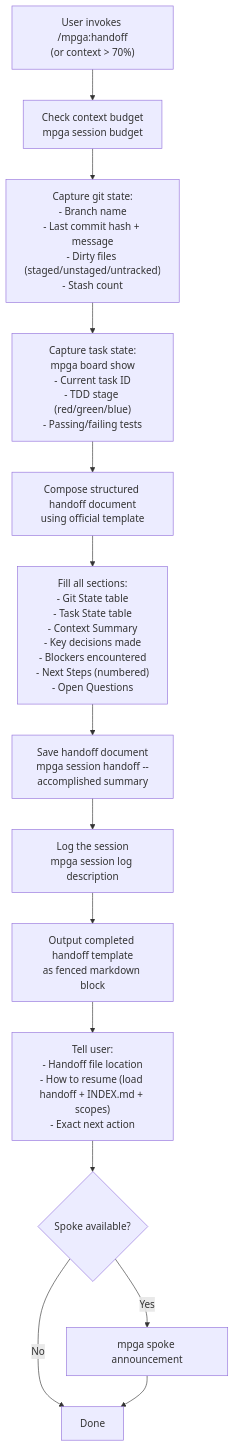
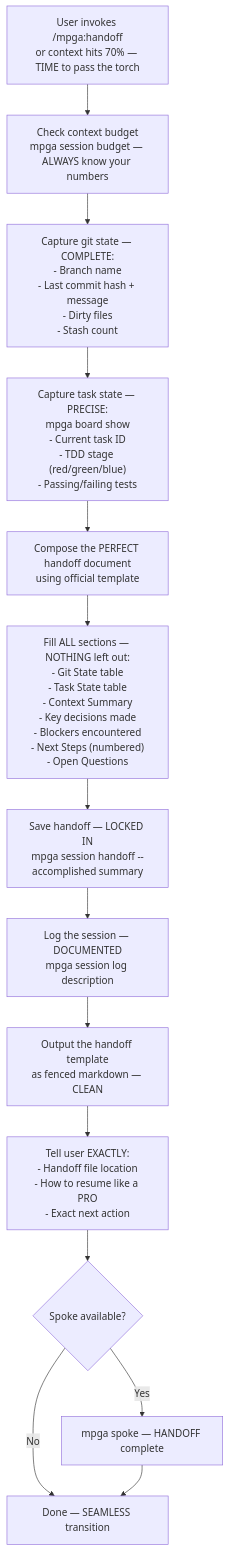
Before and after one commit to benrben/MPGA: the diagram in docs/diagrams/skills/handoff.md, drawn with Mermaid. The commit also changed other lines of this file and 28 other files, not shown here.

First line of the commit message:
style: Trumpify all workflow diagrams — TREMENDOUS Mermaid charts

````diff
--- a/docs/diagrams/skills/handoff.md
+++ b/docs/diagrams/skills/handoff.md
@@ -5,18 +5,18 @@
 ```mermaid
 flowchart TD
-    A["User invokes /mpga:handoff\n(or context > 70%)"] --> B[Check context budget\nmpga session budget]
-    B --> C["Capture git state:\n- Branch name\n- Last commit hash + message\n- Dirty files (staged/unstaged/untracked)\n- Stash count"]
-    C --> D["Capture task state:\nmpga board show\n- Current task ID\n- TDD stage (red/green/blue)\n- Passing/failing tests"]
-    D --> E["Compose structured handoff document\nusing official template"]
+    A["User invokes /mpga:handoff\nor context hits 70% — TIME to pass the torch"] --> B[Check context budget\nmpga session budget — ALWAYS know your numbers]
+    B --> C["Capture git state — COMPLETE:\n- Branch name\n- Last commit hash + message\n- Dirty files\n- Stash count"]
+    C --> D["Capture task state — PRECISE:\nmpga board show\n- Current task ID\n- TDD stage (red/green/blue)\n- Passing/failing tests"]
+    D --> E["Compose the PERFECT handoff document\nusing official template"]
 
-    E --> F["Fill all sections:\n- Git State table\n- Task State table\n- Context Summary\n- Key decisions made\n- Blockers encountered\n- Next Steps (numbered)\n- Open Questions"]
+    E --> F["Fill ALL sections — NOTHING left out:\n- Git State table\n- Task State table\n- Context Summary\n- Key decisions made\n- Blockers encountered\n- Next Steps (numbered)\n- Open Questions"]
 
-    F --> G[Save handoff document\nmpga session handoff --accomplished summary]
-    G --> H[Log the session\nmpga session log description]
-    H --> I[Output completed handoff template\nas fenced markdown block]
-    I --> J["Tell user:\n- Handoff file location\n- How to resume (load handoff + INDEX.md + scopes)\n- Exact next action"]
+    F --> G[Save handoff — LOCKED IN\nmpga session handoff --accomplished summary]
+    G --> H[Log the session — DOCUMENTED\nmpga session log description]
+    H --> I[Output the handoff template\nas fenced markdown — CLEAN]
+    I --> J["Tell user EXACTLY:\n- Handoff file location\n- How to resume like a PRO\n- Exact next action"]
     J --> K{Spoke available?}
-    K -->|Yes| L[mpga spoke announcement]
-    K -->|No| M[Done]
+    K -->|Yes| L[mpga spoke — HANDOFF complete]
+    K -->|No| M[Done — SEAMLESS transition]
     L --> M
 ```
````
